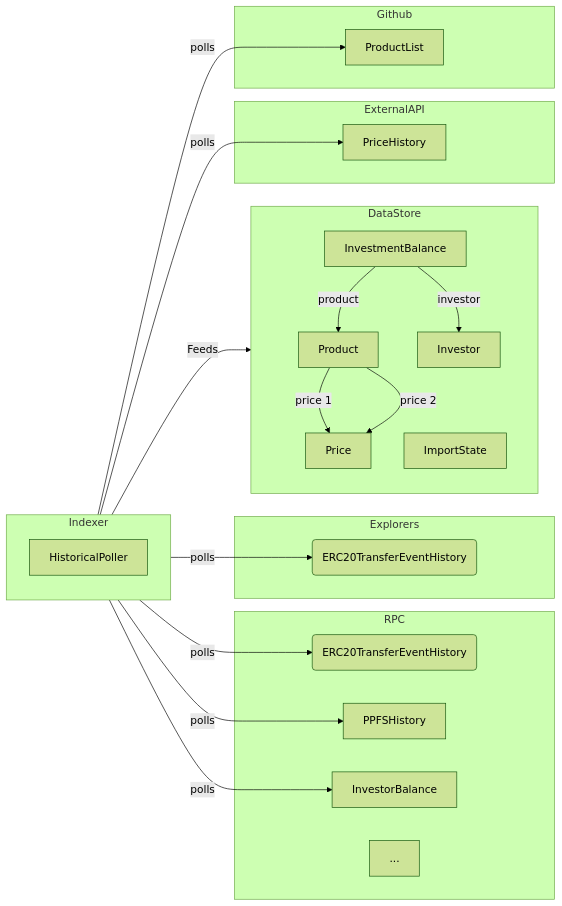
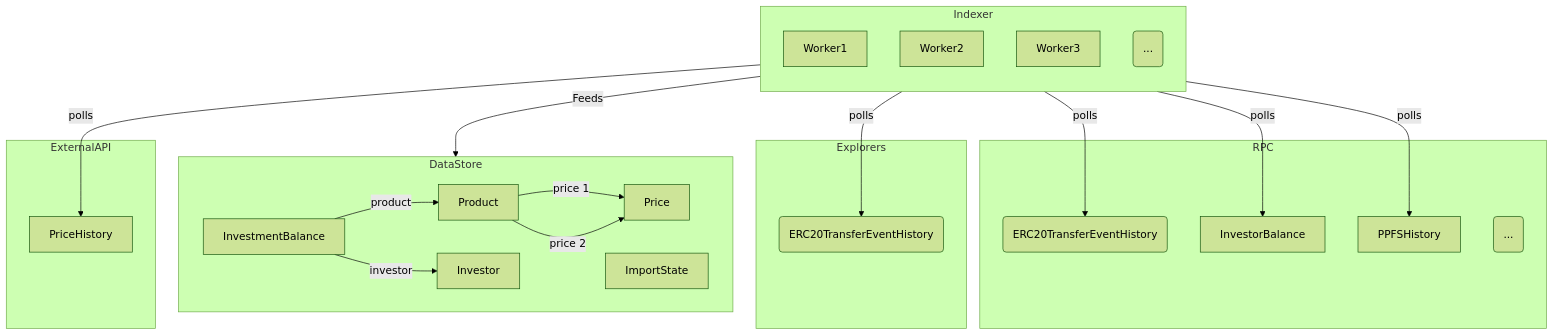
One commit to beefyfinance/beefy-bi changed the diagram in README.md. Above: the diagram before and after it, drawn with Mermaid (forest theme).

Commit message:
Add more info to readme

````diff
--- a/README.md
+++ b/README.md
@@ -182,50 +182,45 @@
 ```mermaid
 
-flowchart LR
+flowchart TB
 
     subgraph DataStore
         Product
         Price
         Investor
         InvestmentBalance
         Product-->|price 1|Price
         Product-->|price 2|Price
         InvestmentBalance-->|investor|Investor
         InvestmentBalance-->|product|Product
 
         ImportState
     end
 
     subgraph RPC
         ERC20TransferEventHistoryRPC("ERC20TransferEventHistory")
+        InvestorBalance
         PPFSHistory
-        InvestorBalance
-        ...
+        ETC2("...")
     end
     subgraph Explorers
         ERC20TransferEventHistoryEXP("ERC20TransferEventHistory")
     end
     subgraph ExternalAPI
         PriceHistory
     end
-    subgraph Github
-        ProductList
-    end
 
     subgraph Indexer
         direction BT
-        HistoricalPoller
 
-        HistoricalPoller -->|polls| ERC20TransferEventHistoryRPC
-        HistoricalPoller -->|polls| ERC20TransferEventHistoryEXP
-        HistoricalPoller -->|polls| PPFSHistory
-        HistoricalPoller -->|polls| PriceHistory
-        HistoricalPoller -->|polls| InvestorBalance
-        HistoricalPoller -->|polls| ProductList
+        Worker1 -->|polls| ERC20TransferEventHistoryRPC
+        Worker1 -->|polls| ERC20TransferEventHistoryEXP
+        Worker1 -->|polls| InvestorBalance
+        Worker2 -->|polls| PPFSHistory
+        Worker3 -->|polls| PriceHistory
 
-
+        ETC1("...")
     end
 
-    HistoricalPoller-->|Feeds|DataStore
+    Indexer-->|Feeds|DataStore
 
 ```
````
